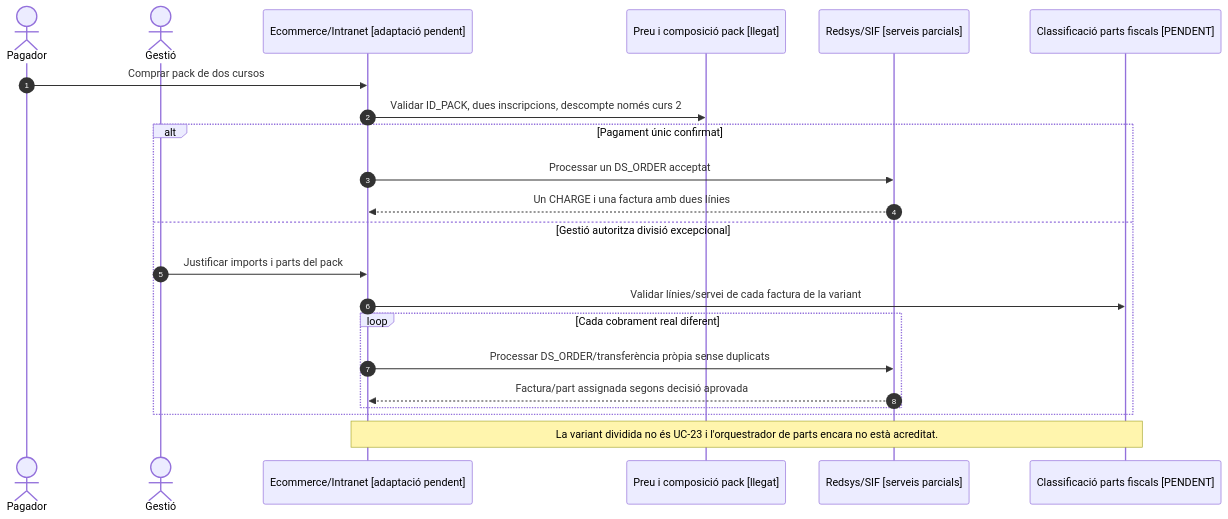
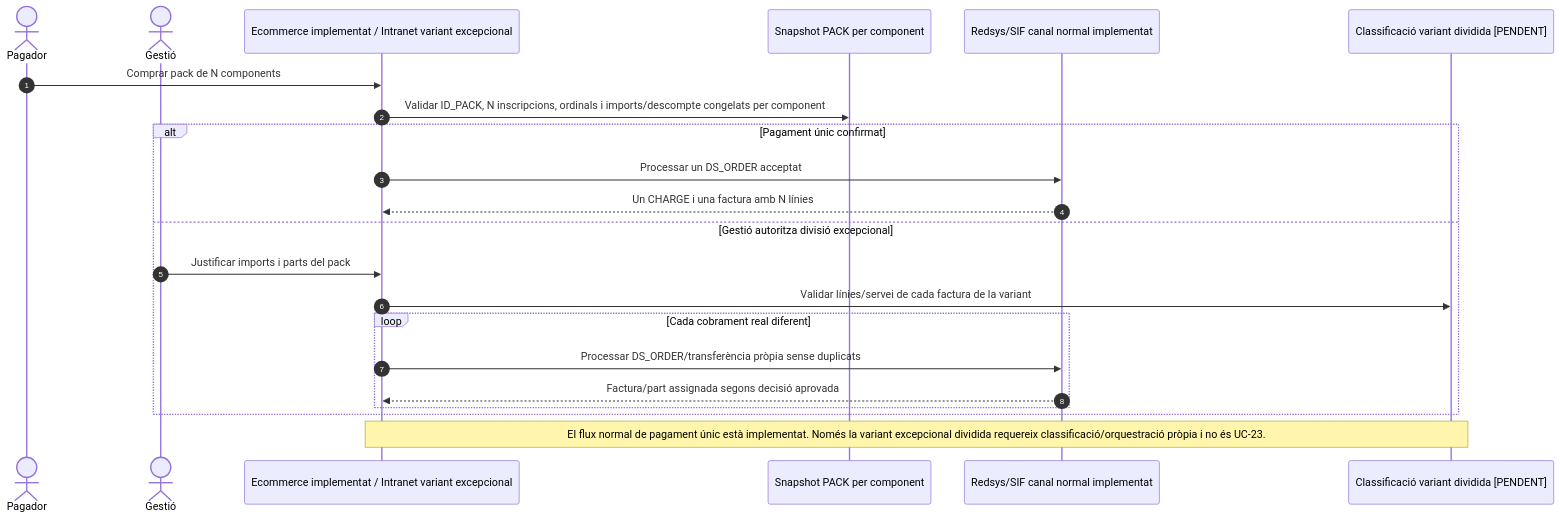
The fifth of 5 diagrams in documentacio/07-uml-integrat/uc-015-comprar-pack.md (orgmeriemprismacat-del/verifactu), drawn with Mermaid before and after one commit. The commit also changed other lines of this file, not shown here.

Commit message:
docs(UC-015): actualitzar variant excepcional i eliminar model dos cursos

````diff
--- a/documentacio/07-uml-integrat/uc-015-comprar-pack.md
+++ b/documentacio/07-uml-integrat/uc-015-comprar-pack.md
@@ -312,24 +312,24 @@
 ```mermaid
 sequenceDiagram
 autonumber
 actor P as Pagador
 actor O as Gestió
-participant UI as Ecommerce/Intranet [adaptació pendent]
-participant Price as Preu i composició pack [llegat]
-participant Pay as Redsys/SIF [serveis parcials]
-participant Fiscal as Classificació parts fiscals [PENDENT]
-P->>UI: Comprar pack de dos cursos
-UI->>Price: Validar ID_PACK, dues inscripcions, descompte només curs 2
+participant UI as Ecommerce implementat / Intranet variant excepcional
+participant Price as Snapshot PACK per component
+participant Pay as Redsys/SIF canal normal implementat
+participant Fiscal as Classificació variant dividida [PENDENT]
+P->>UI: Comprar pack de N components
+UI->>Price: Validar ID_PACK, N inscripcions, ordinals i imports/descompte congelats per component
 alt Pagament únic confirmat
  UI->>Pay: Processar un DS_ORDER acceptat
- Pay-->>UI: Un CHARGE i una factura amb dues línies
+ Pay-->>UI: Un CHARGE i una factura amb N línies
 else Gestió autoritza divisió excepcional
  O->>UI: Justificar imports i parts del pack
  UI->>Fiscal: Validar línies/servei de cada factura de la variant
  loop Cada cobrament real diferent
   UI->>Pay: Processar DS_ORDER/transferència pròpia sense duplicats
   Pay-->>UI: Factura/part assignada segons decisió aprovada
  end
 end
-Note over UI,Fiscal: La variant dividida no és UC-23 i l'orquestrador de parts encara no està acreditat.
+Note over UI,Fiscal: El flux normal de pagament únic està implementat. Només la variant excepcional dividida requereix classificació/orquestració pròpia i no és UC-23.
 ```
````
